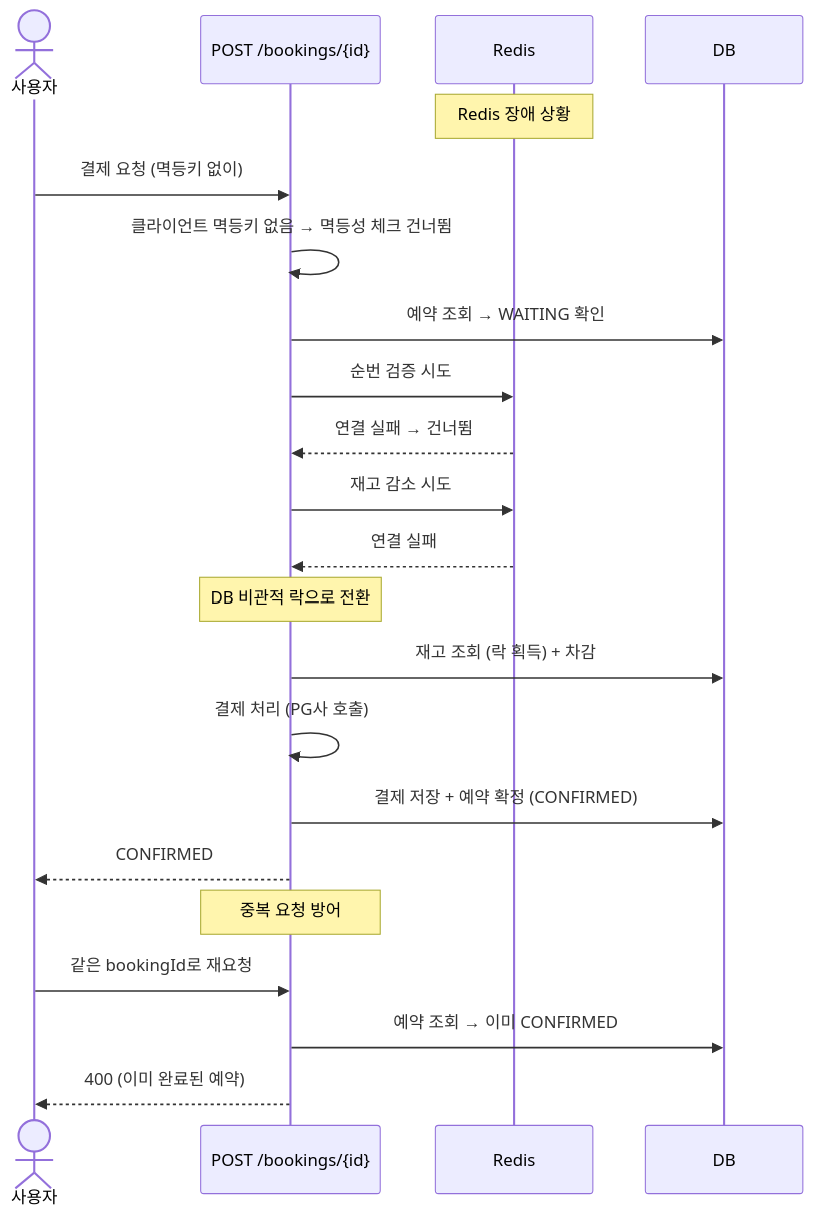
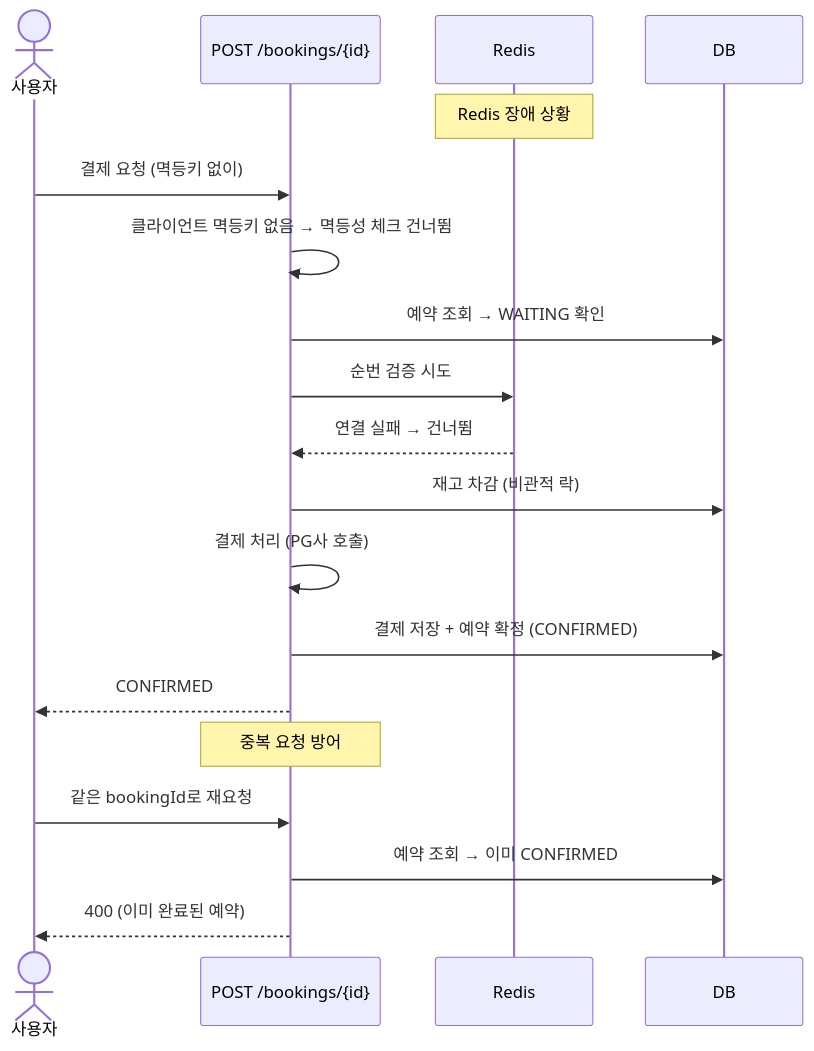
One commit to Jin409/hotdeal-reservation changed the eighth of 9 diagrams in README.md. Above: the diagram before and after it, drawn with Mermaid. The commit also changed other lines of this file, not shown here.

Commit message:
docs: Redis 재고 관리 제거로 인한 README 수정

````diff
--- a/README.md
+++ b/README.md
@@ -271,30 +269,26 @@
 ```mermaid
 sequenceDiagram
     actor 사용자
     participant 결제 as POST /bookings/{id}
     participant Redis
     participant DB
 
     Note over Redis: Redis 장애 상황
 
     사용자->>결제: 결제 요청 (멱등키 없이)
     결제->>결제: 클라이언트 멱등키 없음 → 멱등성 체크 건너뜀
     결제->>DB: 예약 조회 → WAITING 확인
 
     결제->>Redis: 순번 검증 시도
     Redis-->>결제: 연결 실패 → 건너뜀
 
-    결제->>Redis: 재고 감소 시도
-    Redis-->>결제: 연결 실패
-    Note over 결제: DB 비관적 락으로 전환
-    결제->>DB: 재고 조회 (락 획득) + 차감
-
+    결제->>DB: 재고 차감 (비관적 락)
     결제->>결제: 결제 처리 (PG사 호출)
     결제->>DB: 결제 저장 + 예약 확정 (CONFIRMED)
     결제-->>사용자: CONFIRMED
 
     Note over 결제: 중복 요청 방어
     사용자->>결제: 같은 bookingId로 재요청
     결제->>DB: 예약 조회 → 이미 CONFIRMED
     결제-->>사용자: 400 (이미 완료된 예약)
 ```
````
